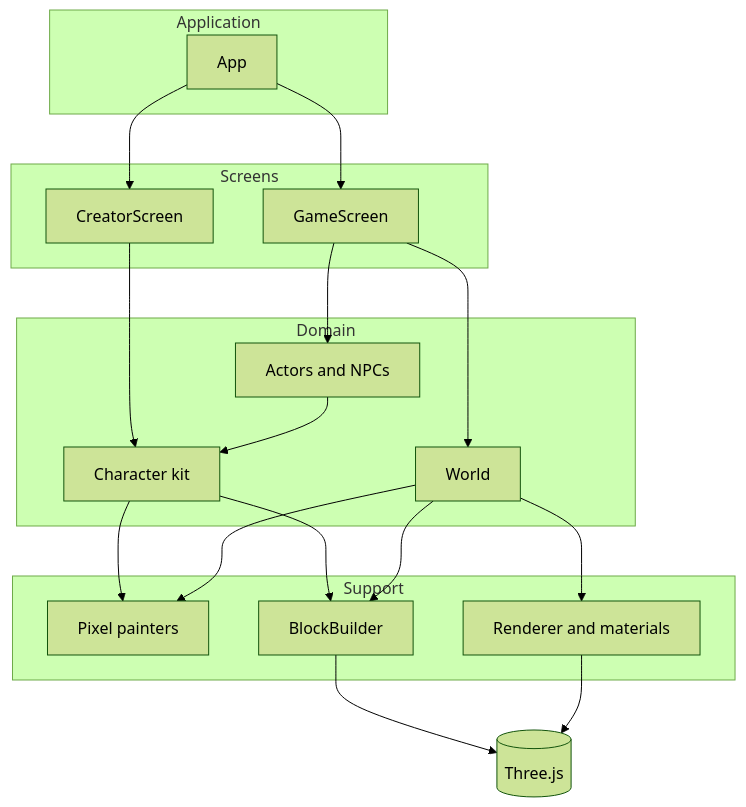
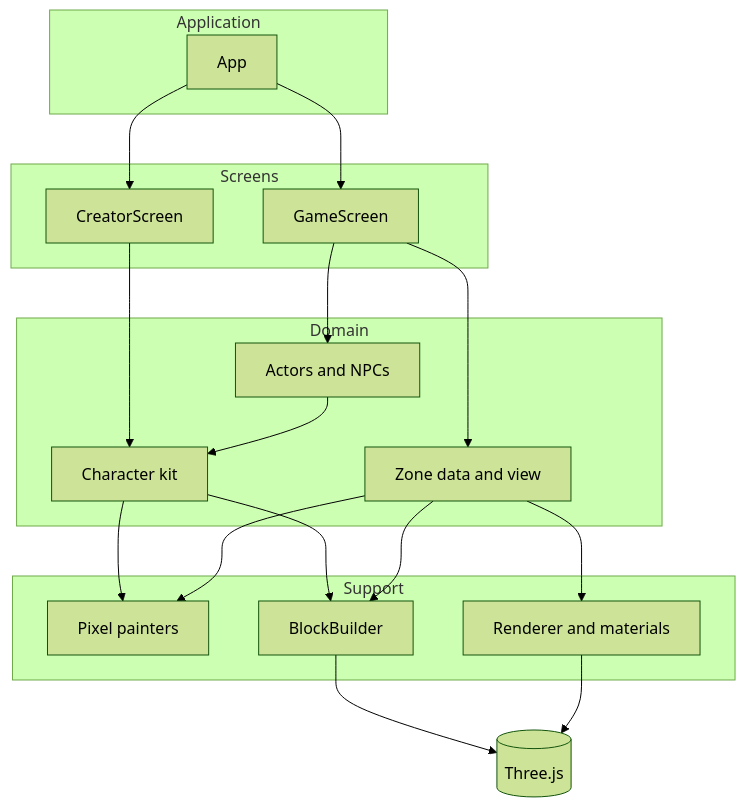
The first of 2 diagrams in docs/architecture.md (booshie-uuid/foreverquest), drawn with Mermaid (forest theme) before and after one commit. The commit also changed other lines of this file and 42 other files, not shown here.

````diff
--- a/docs/architecture.md
+++ b/docs/architecture.md
@@ -9,42 +9,42 @@
 ```mermaid
 flowchart TB
     accTitle: Engine Layers
     accDescr: The application layer owns two screens; the screens use the character, world and game modules; those use the art, geometry and engine modules; everything renders through Three.js
 
     subgraph app_layer ["Application"]
         app[App]
     end
 
     subgraph screen_layer ["Screens"]
         creator[CreatorScreen]
         game_screen[GameScreen]
     end
 
     subgraph domain_layer ["Domain"]
         character[Character kit]
-        world[World]
+        world[Zone data and view]
         game_logic[Actors and NPCs]
     end
 
     subgraph support_layer ["Support"]
         art[Pixel painters]
         geometry[BlockBuilder]
         engine[Renderer and materials]
     end
 
     three[(Three.js)]
 
     app --> creator
     app --> game_screen
     creator --> character
     game_screen --> world
     game_screen --> game_logic
     game_logic --> character
     character --> art
     character --> geometry
     world --> art
     world --> geometry
     world --> engine
     geometry --> three
     engine --> three
 ```
````
